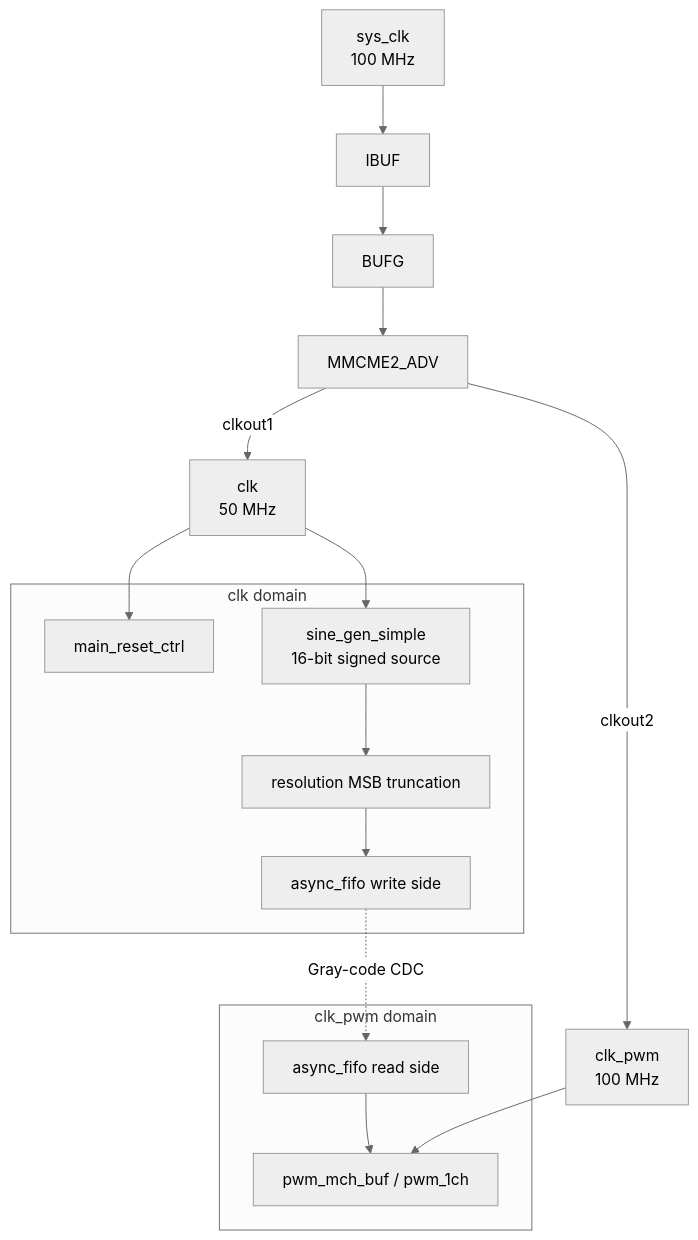
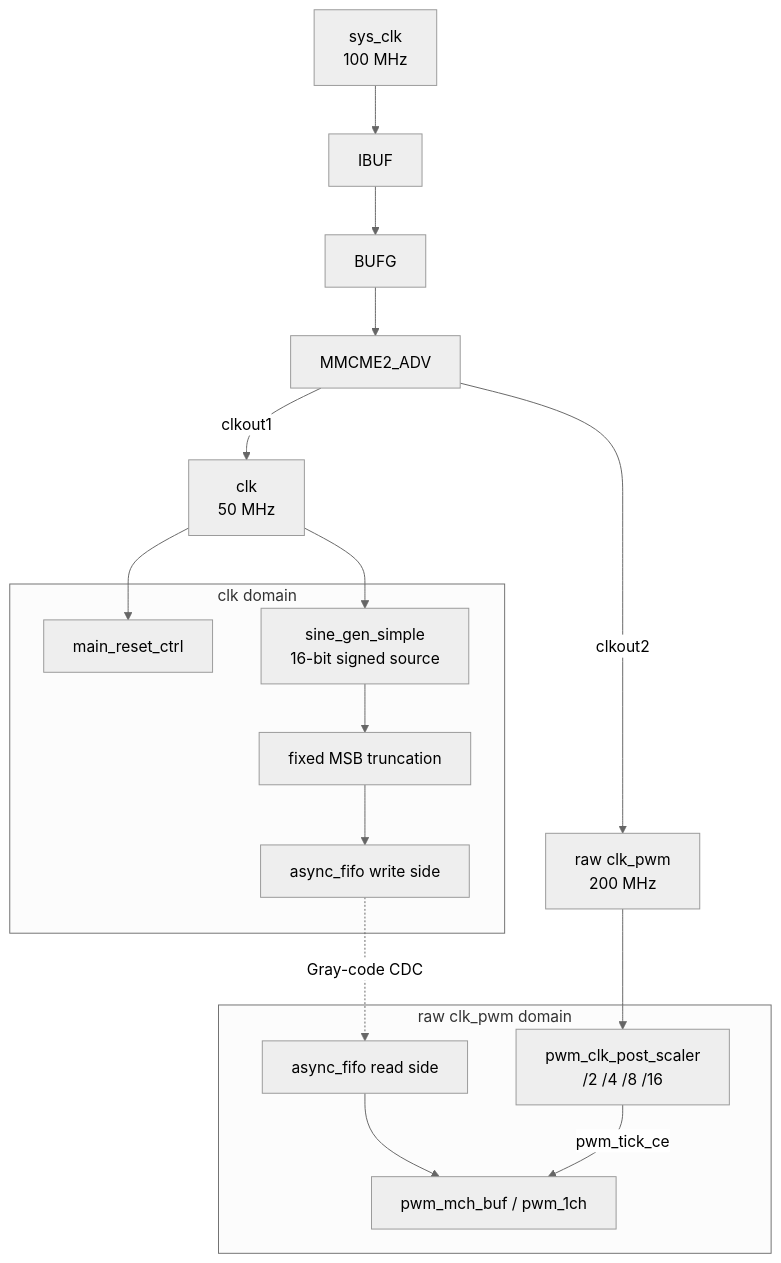
One commit to ekazakov1507/pwm_demo changed the diagram in docs/architecture/clock_domains.md. Above: the diagram before and after it, drawn with Mermaid (neutral theme). The commit also changed other lines of this file and 24 other files, not shown here.

Commit message:
Add buffered PWM clock post-scaler

````diff
--- a/docs/architecture/clock_domains.md
+++ b/docs/architecture/clock_domains.md
@@ -9,24 +9,25 @@
 ```mermaid
 graph TB
     EXT_CLK[sys_clk<br/>100 MHz] --> IBUF[IBUF] --> BUFG[BUFG] --> MMCM[MMCME2_ADV]
     MMCM -->|clkout1| CLK_SYS[clk<br/>50 MHz]
-    MMCM -->|clkout2| CLK_PWM[clk_pwm<br/>100 MHz]
+    MMCM -->|clkout2| CLK_PWM[raw clk_pwm<br/>200 MHz]
 
     subgraph CLKD["clk domain"]
         CTRL[main_reset_ctrl]
         SINE[sine_gen_simple<br/>16-bit signed source]
-        TRUNC[resolution MSB truncation]
+        TRUNC[fixed MSB truncation]
         FIFO_WR[async_fifo write side]
     end
 
-    subgraph PWMD["clk_pwm domain"]
+    subgraph PWMD["raw clk_pwm domain"]
+        DIV[pwm_clk_post_scaler<br/>/2 /4 /8 /16]
         FIFO_RD[async_fifo read side]
         PWM[pwm_mch_buf / pwm_1ch]
     end
 
     CLK_SYS --> CTRL
     CLK_SYS --> SINE
     SINE --> TRUNC --> FIFO_WR
     FIFO_WR -.->|Gray-code CDC| FIFO_RD --> PWM
-    CLK_PWM --> PWM
+    CLK_PWM --> DIV -->|pwm_tick_ce| PWM
 ```
````
